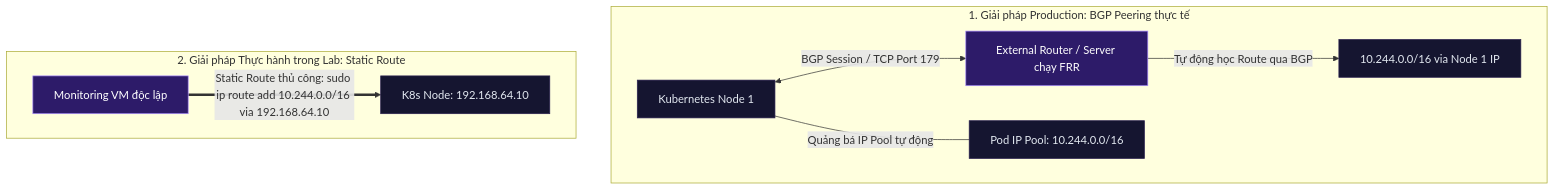
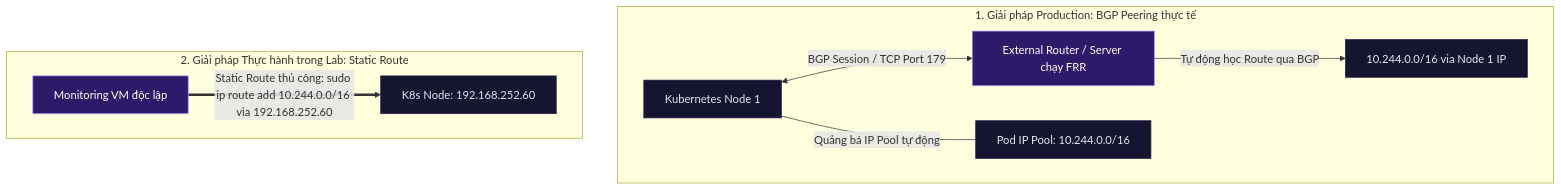
Before and after one commit to thangphan205/network-thuc-chien: the diagram in kubernetes-networking/k8s-lab/tap-19-lab-2/lab-guide.md, drawn with Mermaid. The commit also changed other lines of this file, not shown here.

````diff
--- a/kubernetes-networking/k8s-lab/tap-19-lab-2/lab-guide.md
+++ b/kubernetes-networking/k8s-lab/tap-19-lab-2/lab-guide.md
@@ -8,18 +8,18 @@
 ```mermaid
 graph TD
   subgraph Production_BGP [1. Giải pháp Production: BGP Peering thực tế]
     Node1[Kubernetes Node 1] <-->|BGP Session / TCP Port 179| ExtRouter[External Router / Server chạy FRR]
     Node1 ---|Quảng bá IP Pool tự động| IPPool[Pod IP Pool: 10.244.0.0/16]
     ExtRouter -->|Tự động học Route qua BGP| RouteDynamic["10.244.0.0/16 via Node 1 IP"]
   end
 
   subgraph Lab_Static_Route [2. Giải pháp Thực hành trong Lab: Static Route]
-    Node2[K8s Node: 192.168.64.10]
+    Node2[K8s Node: 192.168.252.60]
     ExtVM[Monitoring VM độc lập]
-    ExtVM == Static Route thủ công: sudo ip route add 10.244.0.0/16 via 192.168.64.10 ==> Node2
+    ExtVM == Static Route thủ công: sudo ip route add 10.244.0.0/16 via 192.168.252.60 ==> Node2
   end
   
   classDef default fill:#151530,stroke:#2a2050,color:#e2e8f0;
   style ExtRouter fill:#2d1b69,stroke:#a78bfa,color:#fff;
   style ExtVM fill:#2d1b69,stroke:#a78bfa,color:#fff;
 ```
````
